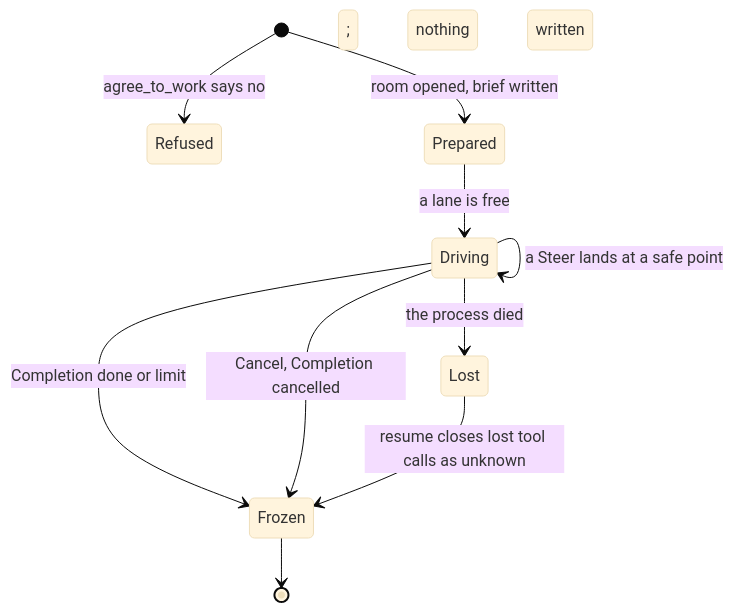
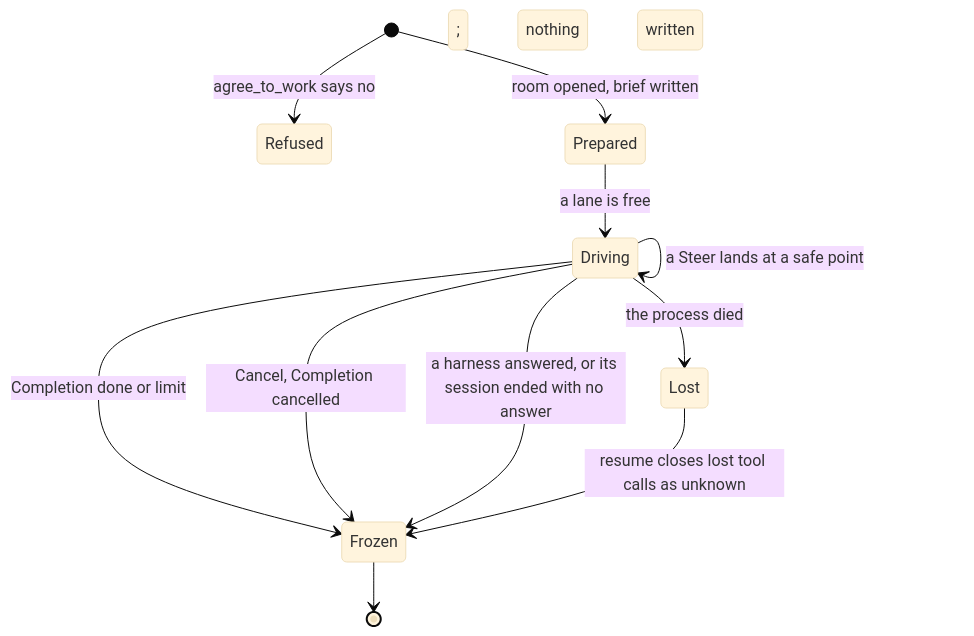
Before and after one commit to 2youg1/sprawling-agents: the seventh of 8 diagrams in ARCHITECTURE.md, drawn with Mermaid (base theme). The commit also changed other lines of this file, not shown here.

First line of the commit message:
card-S8.H2CD: ARCHITECTURE walks the harness resident through one dispatch and a run's life

````diff
--- a/ARCHITECTURE.md
+++ b/ARCHITECTURE.md
@@ -1036,12 +1063,13 @@
 ```mermaid
 stateDiagram-v2
     [*] --> Refused: agree_to_work says no; nothing written
     [*] --> Prepared: room opened, brief written
     Prepared --> Driving: a lane is free
     Driving --> Driving: a Steer lands at a safe point
     Driving --> Frozen: Completion done or limit
     Driving --> Frozen: Cancel, Completion cancelled
+    Driving --> Frozen: a harness answered, or its session ended with no answer
     Driving --> Lost: the process died
     Lost --> Frozen: resume closes lost tool calls as unknown
     Frozen --> [*]
 ```
````
